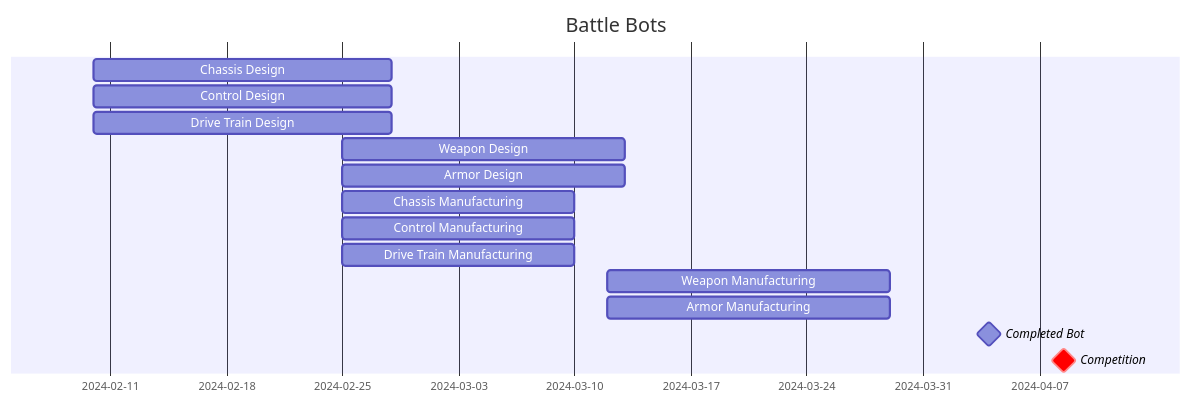
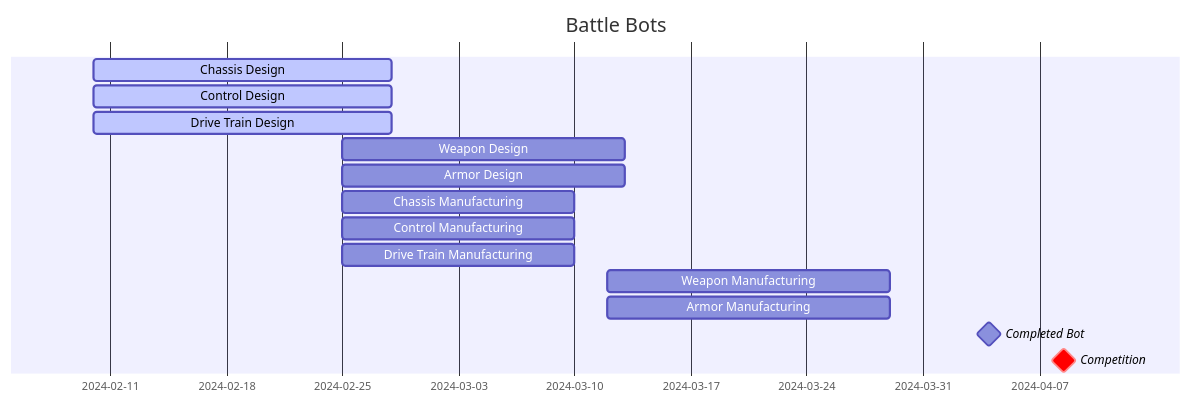
Before and after one commit to davider3/arachnis_deathicus: the diagram in README.md, drawn with Mermaid.

Commit message:
timeline update

````diff
--- a/README.md
+++ b/README.md
@@ -51,18 +51,18 @@
 ``` mermaid
 gantt
     title Battle Bots
     dateFormat  YYYY-MM-DD
 
-    Chassis Design: 2024-02-10, 18d
-    Control Design: 2024-02-10, 18d
-    Drive Train Design: 2024-02-10, 18d
+    Chassis Design: active, 2024-02-10, 18d
+    Control Design: active, 2024-02-10, 18d
+    Drive Train Design: active, 2024-02-10, 18d
     Weapon Design: 2024-02-25, 17d
     Armor Design: 2024-02-25, 17d
     Chassis Manufacturing: 2024-02-25, 14d
     Control Manufacturing: 2024-02-25, 14d
     Drive Train Manufacturing: 2024-02-25, 14d
     Weapon Manufacturing: 2024-03-12, 17d
     Armor Manufacturing: 2024-03-12, 17d
     Completed Bot: milestone, 2024-04-04,
     Competition :milestone, crit, 2024-04-13
 ```
````
